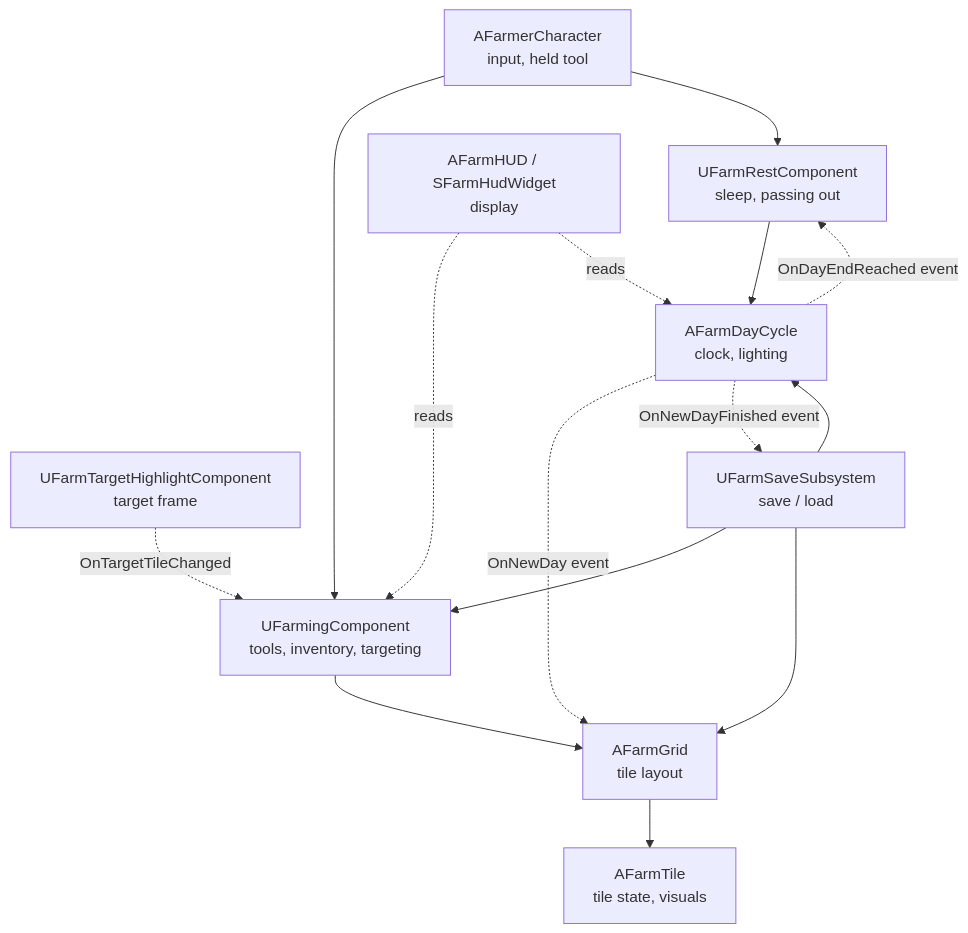
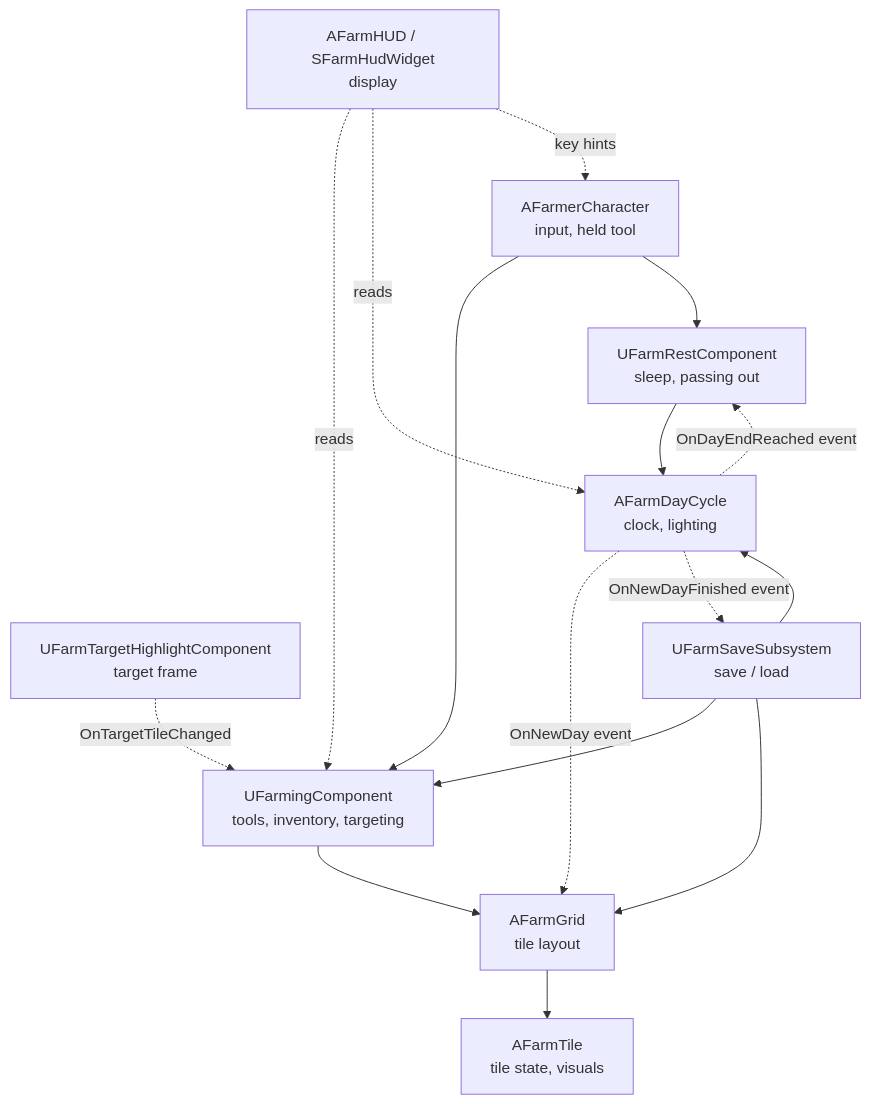
Before and after one commit to DunderGG/FarmSim: the first of 2 diagrams in Docs/Architecture.md, drawn with Mermaid. The commit also changed other lines of this file and 9 other files, not shown here.

````diff
--- a/Docs/Architecture.md
+++ b/Docs/Architecture.md
@@ -349,17 +349,18 @@
 ```mermaid
 flowchart TD
     Input[AFarmerCharacter<br/>input, held tool] --> Farming[UFarmingComponent<br/>tools, inventory, targeting]
     Input --> Rest[UFarmRestComponent<br/>sleep, passing out]
     HUD[AFarmHUD / SFarmHudWidget<br/>display] -.reads.-> Farming
     HUD -.reads.-> DayCycle
+    HUD -.key hints.-> Input
     Highlight[UFarmTargetHighlightComponent<br/>target frame] -. OnTargetTileChanged .-> Farming
     Save[UFarmSaveSubsystem<br/>save / load] --> Farming
     Save --> Grid
     Save --> DayCycle
     Farming --> Grid[AFarmGrid<br/>tile layout]
     Rest --> DayCycle[AFarmDayCycle<br/>clock, lighting]
     DayCycle -. OnDayEndReached event .-> Rest
     Grid --> Tile[AFarmTile<br/>tile state, visuals]
     DayCycle -. OnNewDay event .-> Grid
     DayCycle -. OnNewDayFinished event .-> Save
 ```
````
